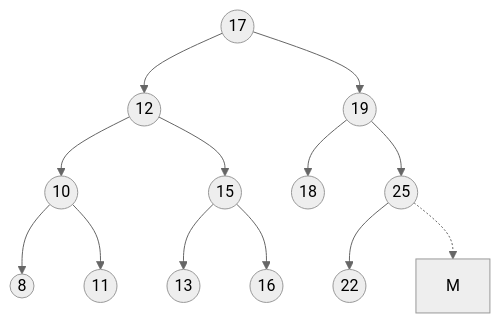
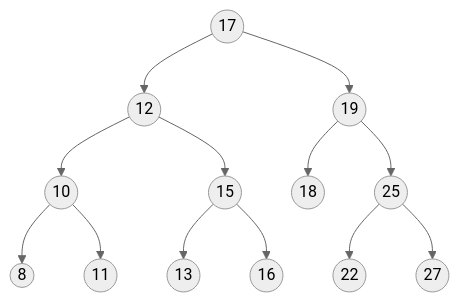
Before and after one commit to huibazdy/LeetCode: the second of 2 diagrams in treeTopic.md, drawn with Mermaid (neutral theme).

Commit message:
20220920 15:21

````diff
--- a/treeTopic.md
+++ b/treeTopic.md
@@ -34,10 +34,9 @@
     ```mermaid
     flowchart TB
         A((17)) --> B((12)) & C((19))
         B --> D((10)) & E((15))
         C --> F((18)) & G((25))
         D --> H((8)) & I((11))
         E --> J((13)) & K((16))
-        G --> L((22))
-        G -.-> M
+        G --> L((22)) & M((27))
     ```
````
